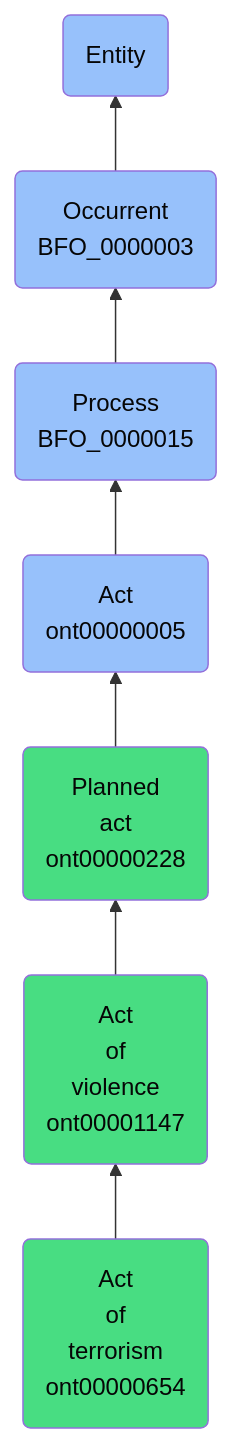
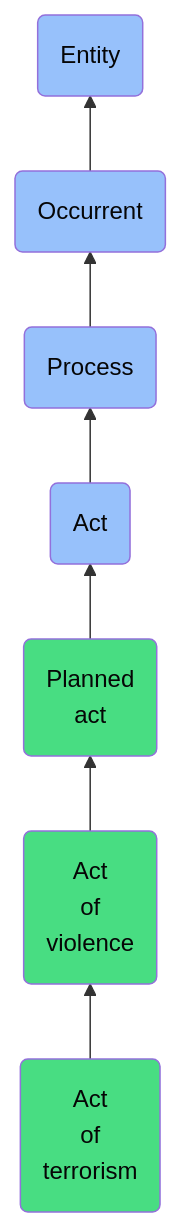
One commit to jupyter-naas/abi changed the diagram in docs/ontology/reference/model/Entity/Occurrent/Process/Act/Planned act/Act of violence/Act of terrorism/Act of terrorism.md. Above: the diagram before and after it, drawn with Mermaid. The commit also changed other lines of this file and 1430 other files, not shown here.

````diff
--- a/docs/ontology/reference/model/Entity/Occurrent/Process/Act/Planned act/Act of violence/Act of terrorism/Act of terrorism.md
+++ b/docs/ontology/reference/model/Entity/Occurrent/Process/Act/Planned act/Act of violence/Act of terrorism/Act of terrorism.md
@@ -24,14 +24,14 @@
 ```mermaid
 graph BT
-    ont00000654(Act<br>of<br>terrorism<br>ont00000654):::ABI-->ont00001147
-    ont00001147(Act<br>of<br>violence<br>ont00001147):::ABI-->ont00000228
-    ont00000228(Planned<br>act<br>ont00000228):::ABI-->ont00000005
-    ont00000005(Act<br>ont00000005):::BFO-->BFO_0000015
-    BFO_0000015(Process<br>BFO_0000015):::BFO-->BFO_0000003
-    BFO_0000003(Occurrent<br>BFO_0000003):::BFO-->BFO_0000001
+    ont00000654(Act<br>of<br>terrorism):::ABI-->ont00001147
+    ont00001147(Act<br>of<br>violence):::ABI-->ont00000228
+    ont00000228(Planned<br>act):::ABI-->ont00000005
+    ont00000005(Act):::BFO-->BFO_0000015
+    BFO_0000015(Process):::BFO-->BFO_0000003
+    BFO_0000003(Occurrent):::BFO-->BFO_0000001
     BFO_0000001(Entity):::BFO
     
     classDef BFO fill:#97c1fb,color:#060606
     classDef CCO fill:#e4c51e,color:#060606
     classDef ABI fill:#48DD82,color:#060606
 ```
````
